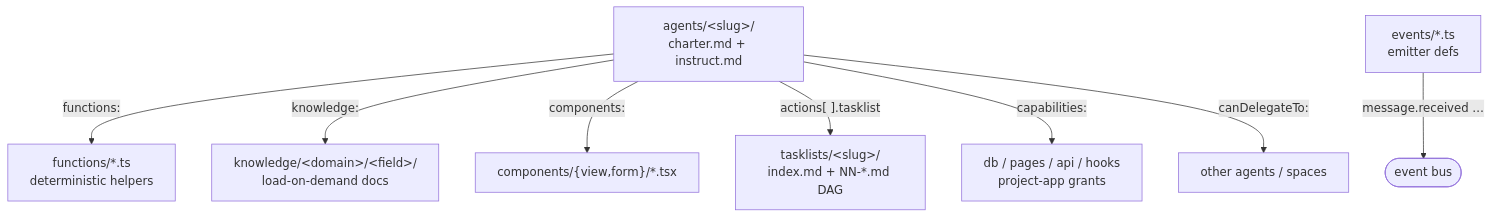
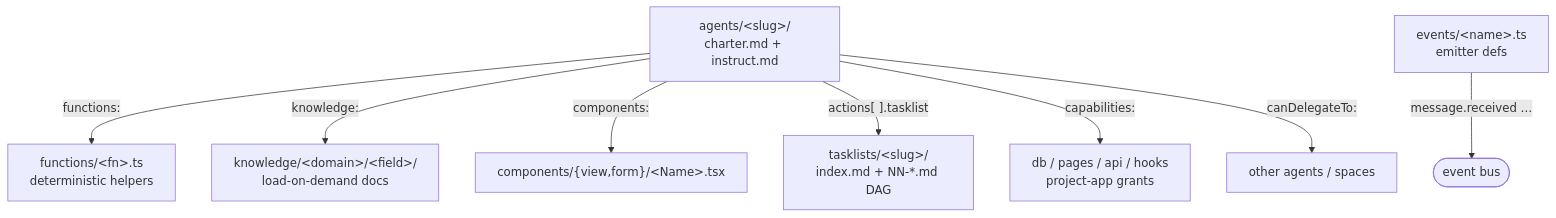
The diagram in org/space/README.md (lmthing/lmthing), drawn with Mermaid before and after one commit. The commit also changed other lines of this file and 40 other files, not shown here.

````diff
--- a/org/space/README.md
+++ b/org/space/README.md
@@ -43,11 +44,11 @@
 ```mermaid
 flowchart TD
   AG["agents/&lt;slug&gt;/<br/>charter.md + instruct.md"]
-  AG -->|"functions:"| FN["functions/*.ts<br/>deterministic helpers"]
+  AG -->|"functions:"| FN["functions/&lt;fn&gt;.ts<br/>deterministic helpers"]
   AG -->|"knowledge:"| KN["knowledge/&lt;domain&gt;/&lt;field&gt;/<br/>load-on-demand docs"]
-  AG -->|"components:"| CP["components/{view,form}/*.tsx"]
+  AG -->|"components:"| CP["components/{view,form}/&lt;Name&gt;.tsx"]
   AG -->|"actions[ ].tasklist"| TL["tasklists/&lt;slug&gt;/<br/>index.md + NN-*.md DAG"]
   AG -->|"capabilities:"| CAP["db / pages / api / hooks<br/>project-app grants"]
   AG -->|"canDelegateTo:"| OTHER["other agents / spaces"]
-  EV["events/*.ts<br/>emitter defs"] -->|"message.received …"| BUS(["event bus"])
+  EV["events/&lt;name&gt;.ts<br/>emitter defs"] -->|"message.received …"| BUS(["event bus"])
 ```
````
